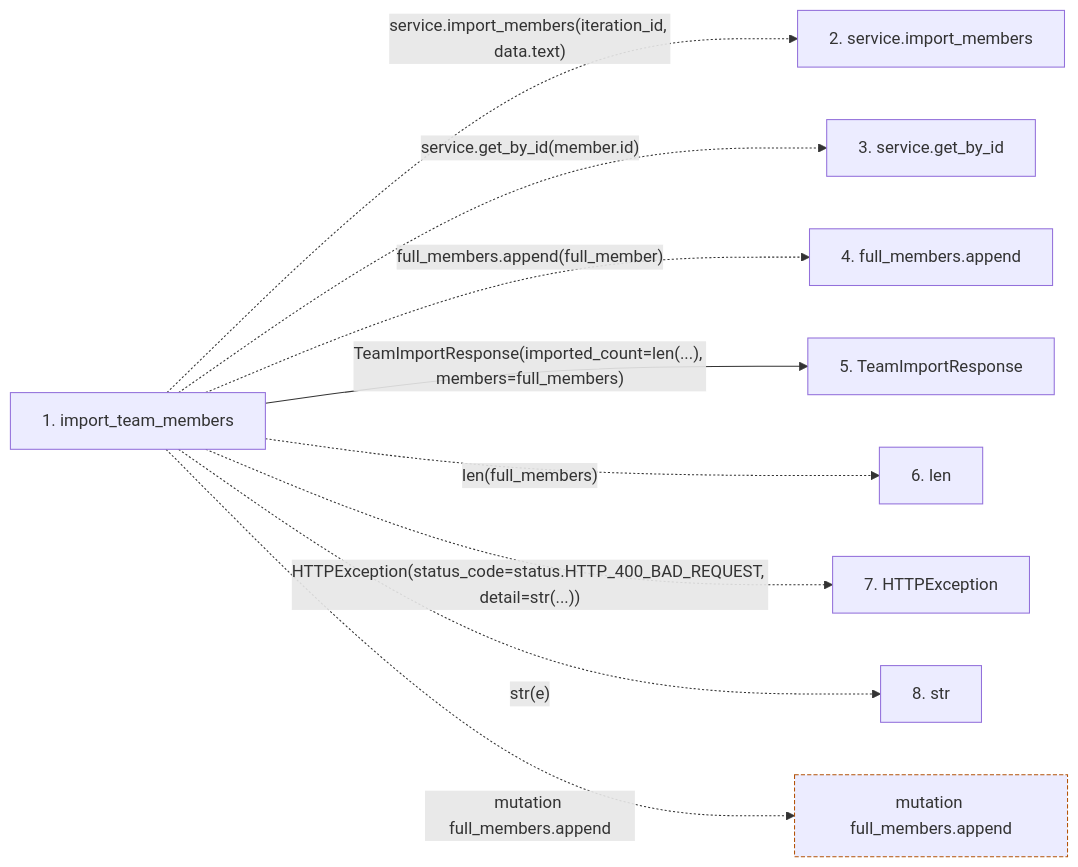
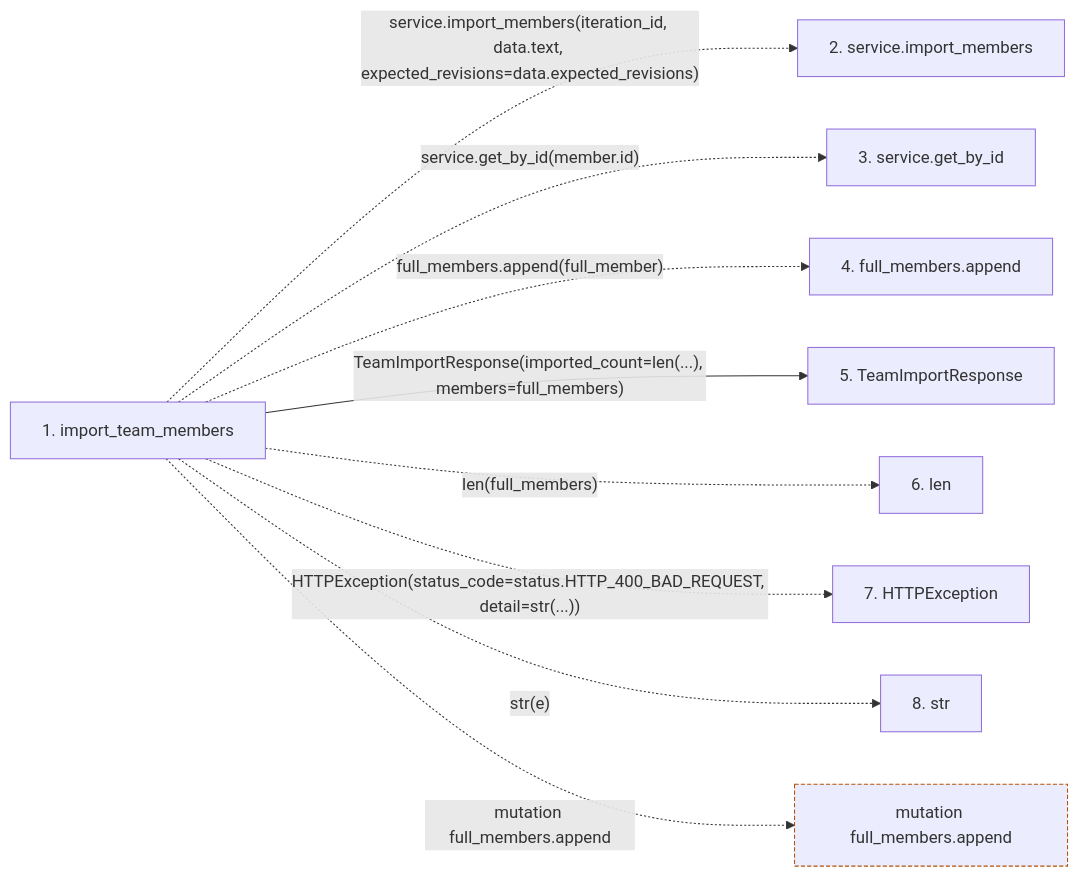
Before and after one commit to Denissvgn/WorkChord: the second of 2 diagrams in docs/llm_wiki/flows/http-import_team_members.md, drawn with Mermaid. The commit also changed other lines of this file and 6624 other files, not shown here.

````diff
--- a/docs/llm_wiki/flows/http-import_team_members.md
+++ b/docs/llm_wiki/flows/http-import_team_members.md
@@ -32,24 +32,24 @@
 ```mermaid
 flowchart LR
     s1["1. import_team_members"]
     s2["2. service.import_members"]
     s3["3. service.get_by_id"]
     s4["4. full_members.append"]
     s5["5. TeamImportResponse"]
     s6["6. len"]
     s7["7. HTTPException"]
     s8["8. str"]
-    s1 -. "service.import_members(iteration_id, data.text)" .-> s2
+    s1 -. "service.import_members(iteration_id, data.text, expected_revisions=data.expected_revisions)" .-> s2
     s1 -. "service.get_by_id(member.id)" .-> s3
     s1 -. "full_members.append(full_member)" .-> s4
     s1 -->|"TeamImportResponse(imported_count=len(...), members=full_members)"| s5
     s1 -. "len(full_members)" .-> s6
     s1 -. "HTTPException(status_code=status.HTTP_400_BAD_REQUEST, detail=str(...))" .-> s7
     s1 -. "str(e)" .-> s8
     b0["mutation full_members.append"]
     s1 -. "mutation full_members.append" .-> b0
     click s1 "../modules/routers_team.md"
     click s5 "../modules/schemas_team.md"
     classDef boundary stroke:#b45309,stroke-dasharray: 4 2
     class b0 boundary
 ```
````
